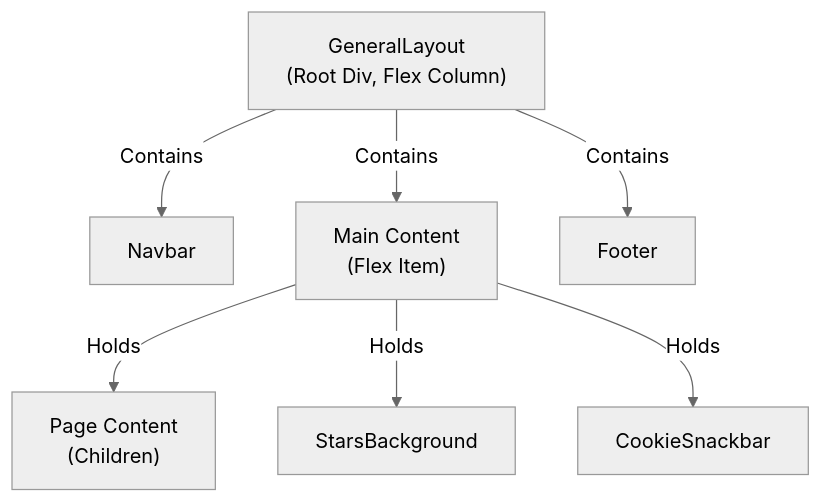
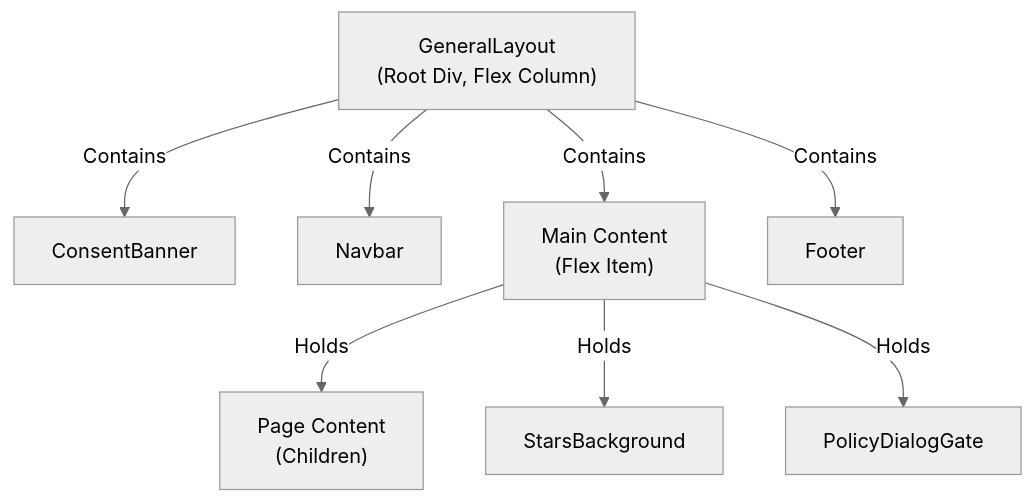
Before and after one commit to AlexJSully/AlexJSully-Portfolio: the diagram in docs/architecture/layouts.md, drawn with Mermaid (neutral theme). The commit also changed other lines of this file and 124 other files, not shown here.

````diff
--- a/docs/architecture/layouts.md
+++ b/docs/architecture/layouts.md
@@ -28,13 +29,14 @@
 ```mermaid
 flowchart TD
     accTitle: GeneralLayout Component Composition
-    accDescr: The GeneralLayout root div is a flex column containing Navbar, a Main content area, and Footer. The Main content area is a flex item that holds the page children, StarsBackground, and CookieSnackbar together
+    accDescr: The GeneralLayout root div is a flex column containing ConsentBanner, Navbar, a Main content area, and Footer, in that order. The Main content area is a flex item that holds the page children, StarsBackground, and PolicyDialogGate together
     GeneralLayout["GeneralLayout<br/>(Root Div, Flex Column)"]
+    GeneralLayout -->|Contains| Consent["ConsentBanner"]
     GeneralLayout -->|Contains| Navbar
     GeneralLayout -->|Contains| Main["Main Content<br/>(Flex Item)"]
     GeneralLayout -->|Contains| Footer
 
     Main -->|Holds| PageContent["Page Content<br/>(Children)"]
     Main -->|Holds| Stars["StarsBackground"]
-    Main -->|Holds| Cookie["CookieSnackbar"]
+    Main -->|Holds| Policy["PolicyDialogGate"]
 ```
````
